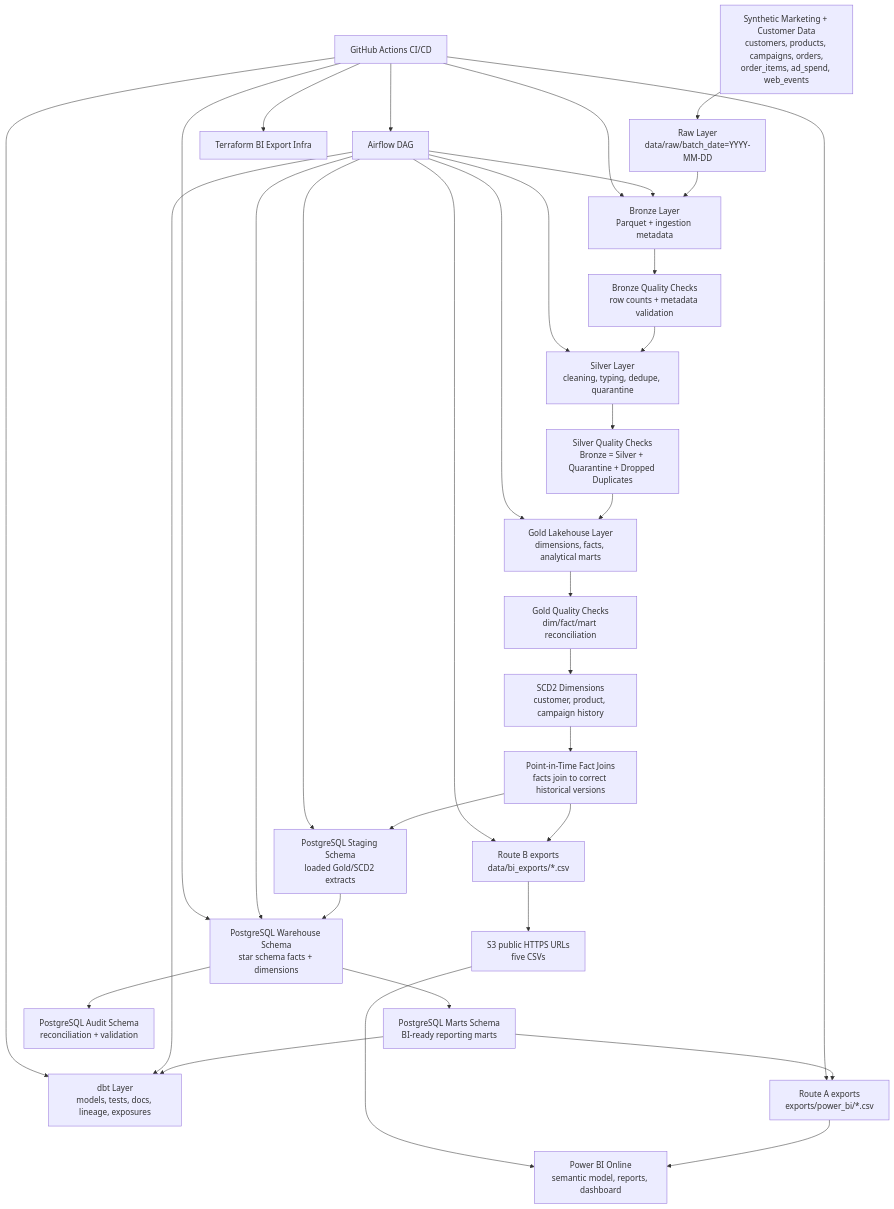
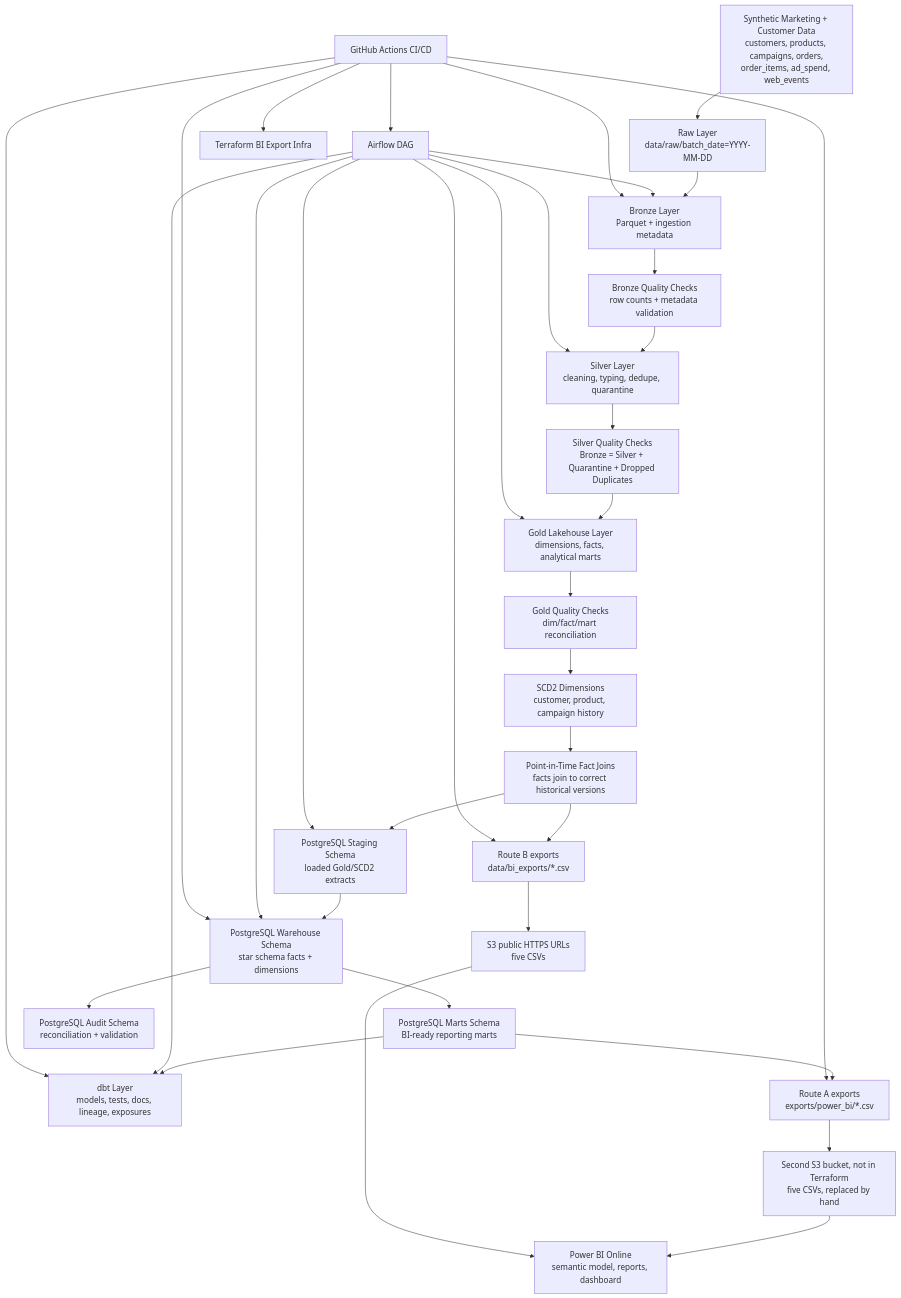
Before and after one commit to HimanshuLabs/Batch-Lakehouse-Marketing-Analytics: the diagram in README.md, drawn with Mermaid. The commit also changed other lines of this file and 14 other files, not shown here.

````diff
--- a/README.md
+++ b/README.md
@@ -81,42 +81,43 @@
 ```mermaid
 flowchart TD
     A["Synthetic Marketing + Customer Data<br/>customers, products, campaigns, orders,<br/>order_items, ad_spend, web_events"] --> B["Raw Layer<br/>data/raw/batch_date=YYYY-MM-DD"]
     B --> C["Bronze Layer<br/>Parquet + ingestion metadata"]
     C --> D["Bronze Quality Checks<br/>row counts + metadata validation"]
 
     D --> E["Silver Layer<br/>cleaning, typing, dedupe, quarantine"]
     E --> F["Silver Quality Checks<br/>Bronze = Silver + Quarantine + Dropped Duplicates"]
 
     F --> G["Gold Lakehouse Layer<br/>dimensions, facts, analytical marts"]
     G --> H["Gold Quality Checks<br/>dim/fact/mart reconciliation"]
 
     H --> I["SCD2 Dimensions<br/>customer, product, campaign history"]
     I --> J["Point-in-Time Fact Joins<br/>facts join to correct historical versions"]
 
     J --> K["PostgreSQL Staging Schema<br/>loaded Gold/SCD2 extracts"]
     K --> L["PostgreSQL Warehouse Schema<br/>star schema facts + dimensions"]
     L --> M["PostgreSQL Marts Schema<br/>BI-ready reporting marts"]
     L --> N["PostgreSQL Audit Schema<br/>reconciliation + validation"]
 
     M --> O["dbt Layer<br/>models, tests, docs, lineage, exposures"]
     M --> P["Route A exports<br/>exports/power_bi/*.csv"]
     J --> P2["Route B exports<br/>data/bi_exports/*.csv"]
     P2 --> Q["S3 public HTTPS URLs<br/>five CSVs"]
-    P --> R["Power BI Online<br/>semantic model, reports, dashboard"]
+    P --> QA["Second S3 bucket, not in Terraform<br/>five CSVs, replaced by hand"]
+    QA --> R["Power BI Online<br/>semantic model, reports, dashboard"]
     Q --> R
 
     S["Airflow DAG"] --> C
     S --> E
     S --> G
     S --> K
     S --> L
     S --> O
     S --> P2
 
     T["GitHub Actions CI/CD"] --> C
     T --> L
     T --> O
     T --> S
     T --> P
     T --> U["Terraform BI Export Infra"]
 ```
````
